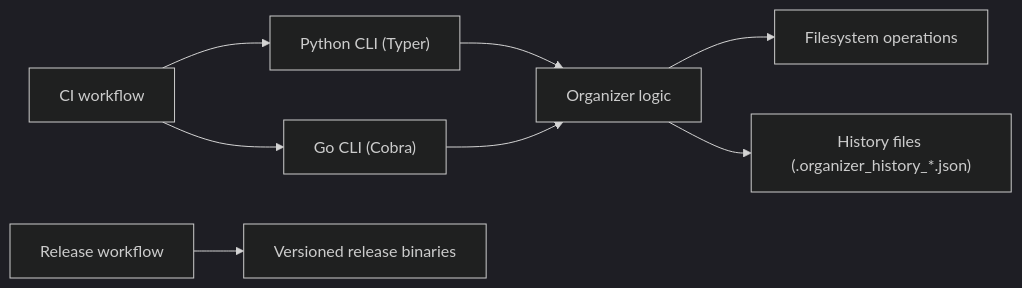
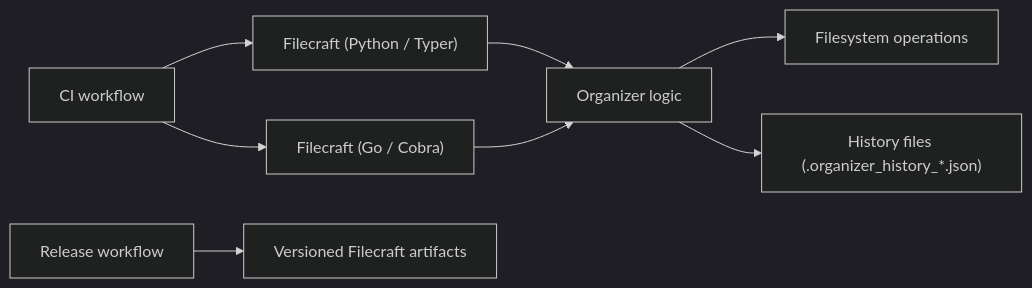
Before and after one commit to murtazapatel89100/Filecraft: the diagram in README.md, drawn with Mermaid (dark theme). The commit also changed other lines of this file and 84 other files, not shown here.

Commit message:
feat(rebrand): migrate to filecraft folders and align CI/release/docs

````diff
--- a/README.md
+++ b/README.md
@@ -59,10 +70,10 @@
 ```mermaid
 flowchart LR
-	CLI_PY["Python CLI (Typer)"] --> CORE["Organizer logic"]
-	CLI_GO["Go CLI (Cobra)"] --> CORE
-	CORE --> FS["Filesystem operations"]
-	CORE --> HIST["History files (.organizer_history_*.json)"]
-	CI["CI workflow"] --> CLI_PY
-	CI --> CLI_GO
-	REL["Release workflow"] --> BIN["Versioned release binaries"]
+  CLI_PY["Filecraft (Python / Typer)"] --> CORE["Organizer logic"]
+  CLI_GO["Filecraft (Go / Cobra)"] --> CORE
+  CORE --> FS["Filesystem operations"]
+  CORE --> HIST["History files (.organizer_history_*.json)"]
+  CI["CI workflow"] --> CLI_PY
+  CI --> CLI_GO
+  REL["Release workflow"] --> BIN["Versioned Filecraft artifacts"]
 ```
````
